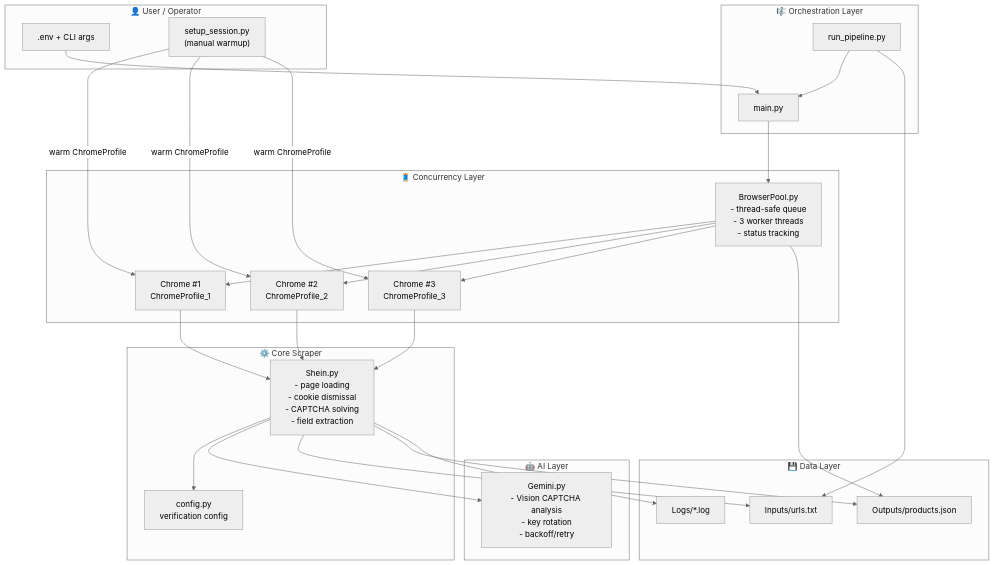
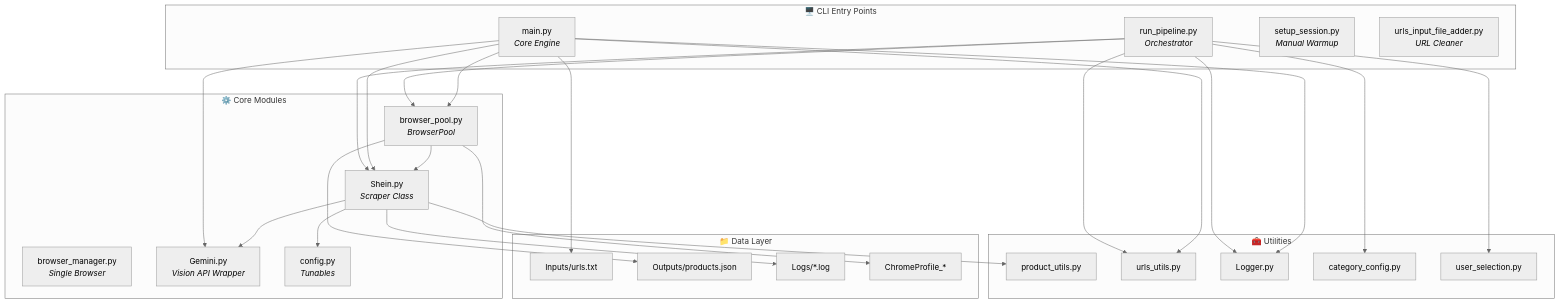
One commit to Abhiram126/osteoporosis-risk-prediction changed the first of 5 diagrams in README.md. Above: the diagram before and after it, drawn with Mermaid (neutral theme). The commit also changed other lines of this file, not shown here.

````diff
--- a/README.md
+++ b/README.md
@@ -140,55 +250,52 @@
 ```mermaid
 flowchart TB
-    subgraph User["👤 User / Operator"]
-        CLI[".env + CLI args"]
-        SESSION["setup_session.py<br/>(manual warmup)"]
+    subgraph CLI["🖥️ CLI Entry Points"]
+        RP["run_pipeline.py<br/><i>Orchestrator</i>"]
+        M["main.py<br/><i>Core Engine</i>"]
+        SS["setup_session.py<br/><i>Manual Warmup</i>"]
+        UA["urls_input_file_adder.py<br/><i>URL Cleaner</i>"]
     end
 
-    subgraph Orchestration["🎼 Orchestration Layer"]
-        RUN["run_pipeline.py"]
-        MAIN["main.py"]
+    subgraph CORE["⚙️ Core Modules"]
+        S["Shein.py<br/><i>Scraper Class</i>"]
+        BP["browser_pool.py<br/><i>BrowserPool</i>"]
+        BM["browser_manager.py<br/><i>Single Browser</i>"]
+        G["Gemini.py<br/><i>Vision API Wrapper</i>"]
+        CFG["config.py<br/><i>Tunables</i>"]
     end
 
-    subgraph Core["⚙️ Core Scraper"]
-        SHEIN["Shein.py<br/>- page loading<br/>- cookie dismissal<br/>- CAPTCHA solving<br/>- field extraction"]
-        CONFIG["config.py<br/>verification config"]
+    subgraph UTIL["🧰 Utilities"]
+        PU["product_utils.py"]
+        UU["urls_utils.py"]
+        LG["Logger.py"]
+        CC["category_config.py"]
+        US["user_selection.py"]
     end
 
-    subgraph Concurrency["🧵 Concurrency Layer"]
-        POOL["BrowserPool.py<br/>- thread-safe queue<br/>- 3 worker threads<br/>- status tracking"]
-        B1["Chrome #1<br/>ChromeProfile_1"]
-        B2["Chrome #2<br/>ChromeProfile_2"]
-        B3["Chrome #3<br/>ChromeProfile_3"]
+    subgraph DATA["📁 Data Layer"]
+        URLS["Inputs/urls.txt"]
+        JSON["Outputs/products.json"]
+        LOGS["Logs/*.log"]
+        PROFILES["ChromeProfile_*"]
     end
 
-    subgraph AI["🤖 AI Layer"]
-        GEMINI["Gemini.py<br/>- Vision CAPTCHA analysis<br/>- key rotation<br/>- backoff/retry"]
-    end
-
-    subgraph Data["💾 Data Layer"]
-        IN["Inputs/urls.txt"]
-        OUT["Outputs/products.json"]
-        LOG["Logs/*.log"]
-    end
-
-    CLI --> MAIN
-    RUN --> MAIN
-    SESSION -->|warm ChromeProfile| B1
-    SESSION -->|warm ChromeProfile| B2
-    SESSION -->|warm ChromeProfile| B3
-
-    MAIN --> POOL
-    POOL --> B1
-    POOL --> B2
-    POOL --> B3
-    B1 --> SHEIN
-    B2 --> SHEIN
-    B3 --> SHEIN
-    SHEIN --> CONFIG
-    SHEIN --> GEMINI
-    SHEIN --> IN
-    SHEIN --> OUT
-    SHEIN --> LOG
-    POOL --> OUT
-    RUN --> IN
+    RP --> S
+    RP --> BP
+    RP --> CC
+    RP --> US
+    M --> BP
+    M --> S
+    M --> G
+    S --> G
+    S --> CFG
+    BP --> S
+    S --> PU
+    RP --> UU
+    M --> UU
+    RP --> LG
+    M --> LG
+    BP --> PROFILES
+    M --> URLS
+    BP --> JSON
+    S --> LOGS
 ```
````
